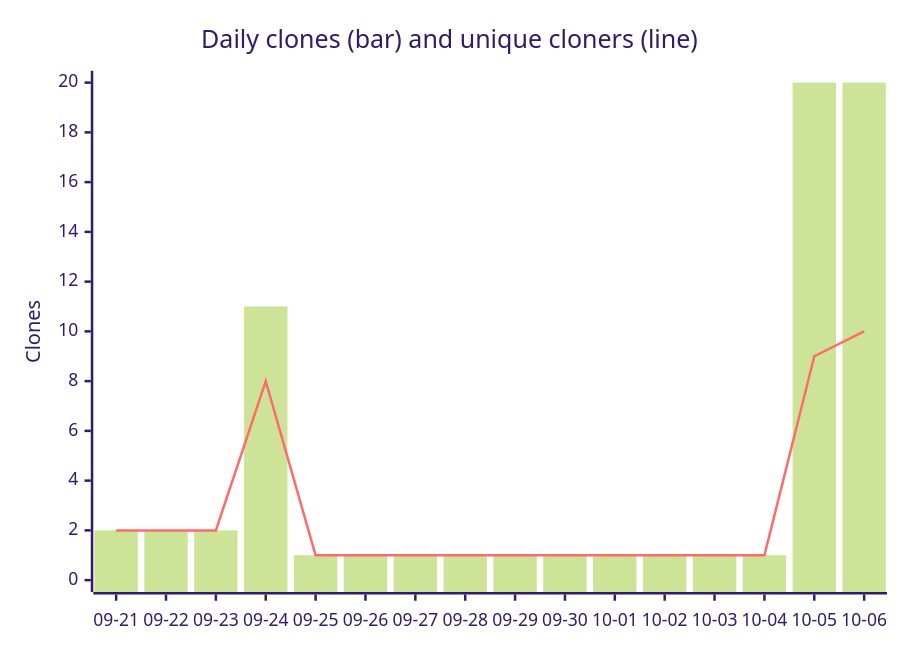
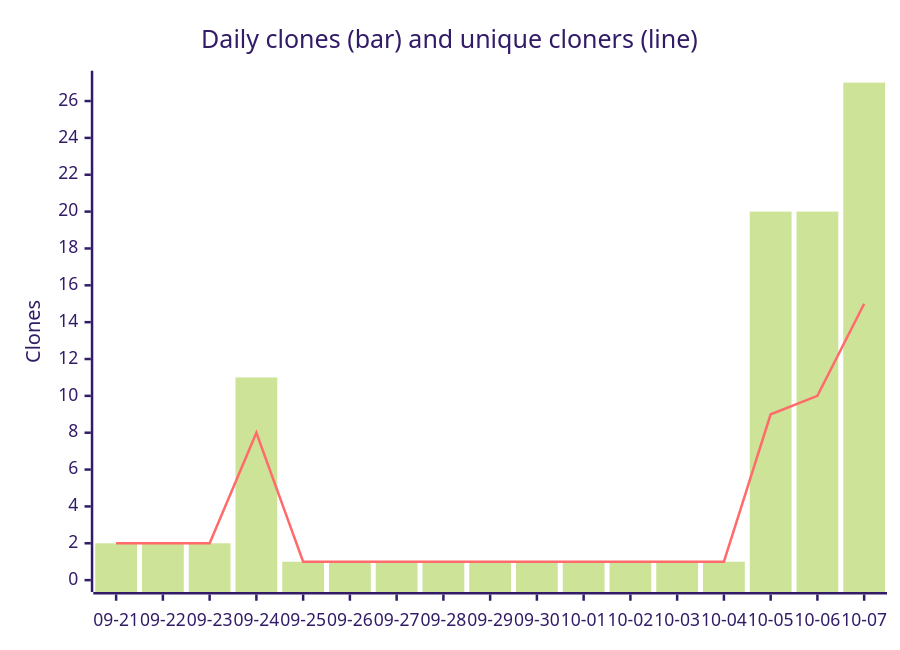
Before and after one commit to babson44/azure-vm-modernization-toolkit: the second of 2 diagrams in metrics/DASHBOARD.md, drawn with Mermaid (forest theme). The commit also changed other lines of this file and 2 other files, not shown here.

````diff
--- a/metrics/DASHBOARD.md
+++ b/metrics/DASHBOARD.md
@@ -29,8 +29,8 @@
 ```mermaid
 xychart-beta
     title "Daily clones (bar) and unique cloners (line)"
-    x-axis [09-21, 09-22, 09-23, 09-24, 09-25, 09-26, 09-27, 09-28, 09-29, 09-30, 10-01, 10-02, 10-03, 10-04, 10-05, 10-06]
-    y-axis "Clones" 0 --> 20
-    bar [2, 2, 2, 11, 1, 1, 1, 1, 1, 1, 1, 1, 1, 1, 20, 20]
-    line [2, 2, 2, 8, 1, 1, 1, 1, 1, 1, 1, 1, 1, 1, 9, 10]
+    x-axis [09-21, 09-22, 09-23, 09-24, 09-25, 09-26, 09-27, 09-28, 09-29, 09-30, 10-01, 10-02, 10-03, 10-04, 10-05, 10-06, 10-07]
+    y-axis "Clones" 0 --> 27
+    bar [2, 2, 2, 11, 1, 1, 1, 1, 1, 1, 1, 1, 1, 1, 20, 20, 27]
+    line [2, 2, 2, 8, 1, 1, 1, 1, 1, 1, 1, 1, 1, 1, 9, 10, 15]
 ```
````
